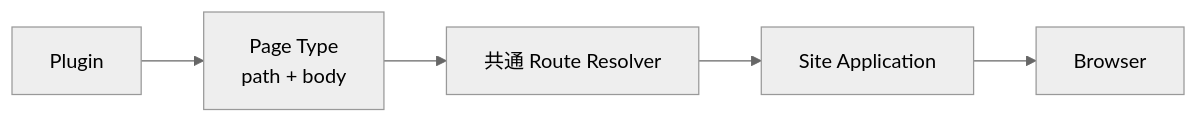
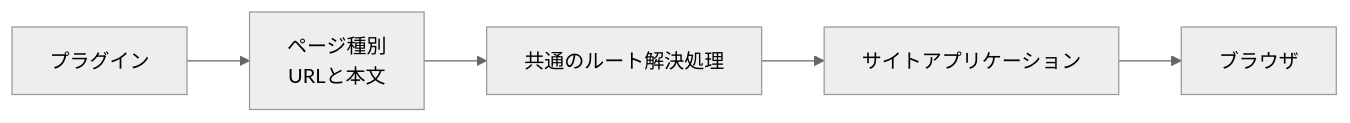
Before and after one commit to Rerurate514/riebeckite: the first of 14 diagrams in docs/docs/framework/page-system.ja.md, drawn with Mermaid (neutral theme). The commit also changed other lines of this file and 310 other files, not shown here.

````diff
--- a/docs/docs/framework/page-system.ja.md
+++ b/docs/docs/framework/page-system.ja.md
@@ -23,13 +21,13 @@
 ```mermaid id="l1m0kn"
 flowchart LR
-    Plugin["Plugin"]
-    Page["Page Type<br/>path + body"]
-    Resolver["共通 Route Resolver"]
-    Site["Site Application"]
-    Browser["Browser"]
+    Plugin["プラグイン"]
+    Page["ページ種別<br/>URLと本文"]
+    Resolver["共通のルート解決処理"]
+    Site["サイトアプリケーション"]
+    Browser["ブラウザ"]
 
     Plugin --> Page
     Page --> Resolver
     Resolver --> Site
     Site --> Browser
 ```
````
